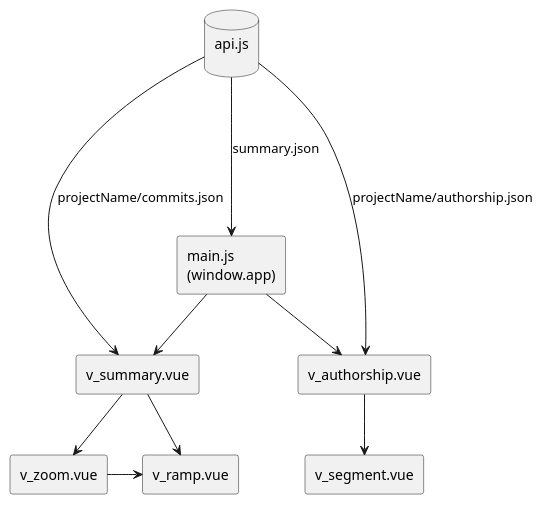
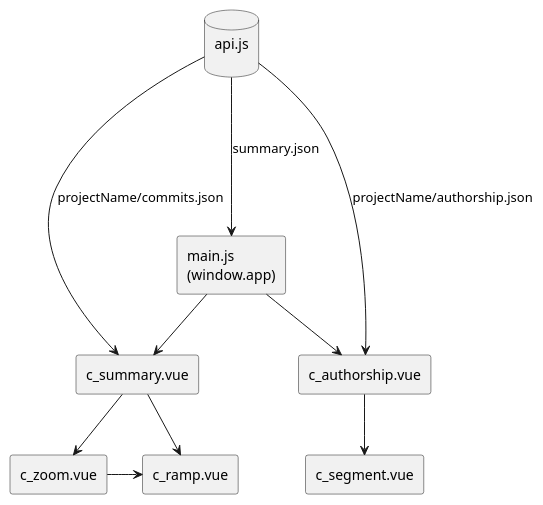
The diagram in docs/diagrams/ReportArchitecture.puml (reposense/RepoSense), drawn with PlantUML before and after one commit. The commit also changed 14 other files, not shown here.

```diff
--- a/docs/diagrams/ReportArchitecture.puml
+++ b/docs/diagrams/ReportArchitecture.puml
@@ -1,25 +1,25 @@
 @startuml
 hide footbox
 skinparam monochrome true
 skinparam Shadowing false
 
 rectangle "main.js\n(window.app)" as main
-rectangle "v_zoom.vue" as v_zoom
-rectangle "v_ramp.vue" as v_ramp
-rectangle "v_summary.vue" as v_summary
-rectangle "v_authorship.vue" as v_authorship
-rectangle "v_segment.vue" as v_segment
+rectangle "c_zoom.vue" as c_zoom
+rectangle "c_ramp.vue" as c_ramp
+rectangle "c_summary.vue" as c_summary
+rectangle "c_authorship.vue" as c_authorship
+rectangle "c_segment.vue" as c_segment
 database "api.js\n" as api
 
-main -down-> v_summary
-v_summary -down-> v_zoom
-v_summary -> v_ramp
-v_zoom -> v_ramp
+main -down-> c_summary
+c_summary -down-> c_zoom
+c_summary -> c_ramp
+c_zoom -> c_ramp
 
-main -down-> v_authorship
-v_authorship -down-> v_segment
+main -down-> c_authorship
+c_authorship -down-> c_segment
 
 api -down--> main : summary.json
-api -down-> v_summary : projectName/commits.json
-api -down-> v_authorship : projectName/authorship.json
+api -down-> c_summary : projectName/commits.json
+api -down-> c_authorship : projectName/authorship.json
 @enduml
```
